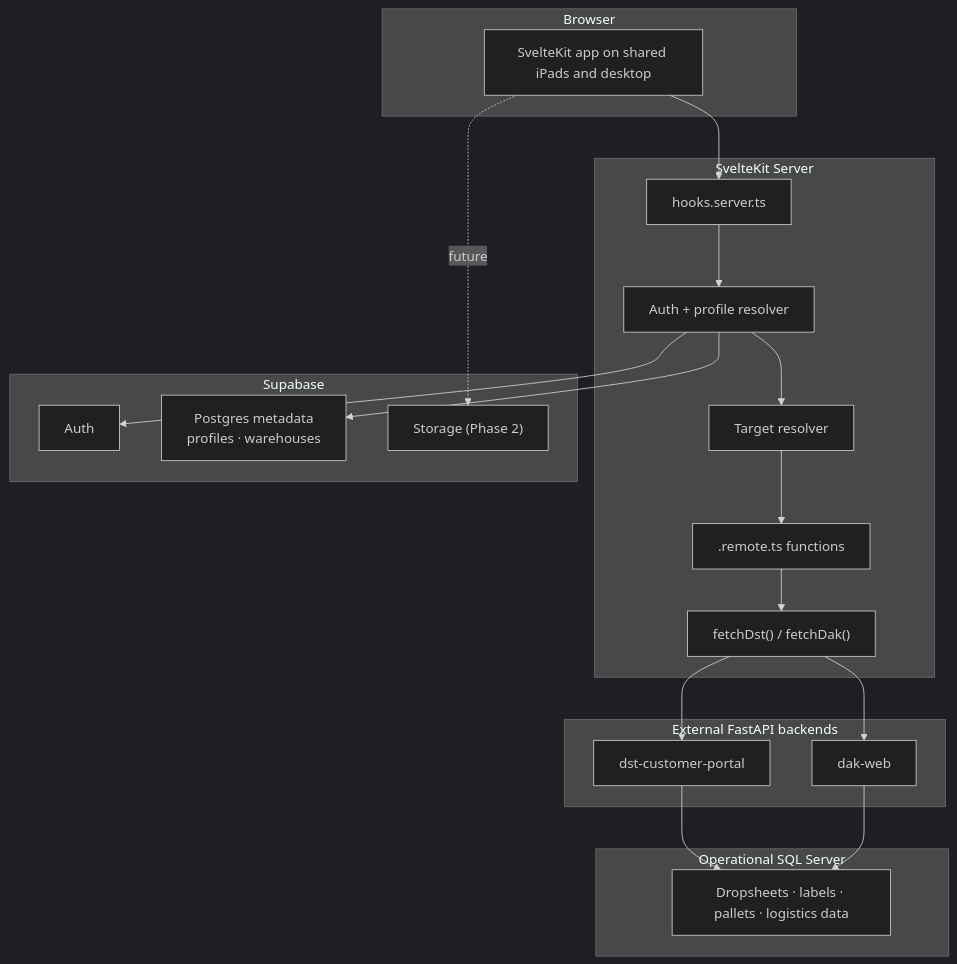
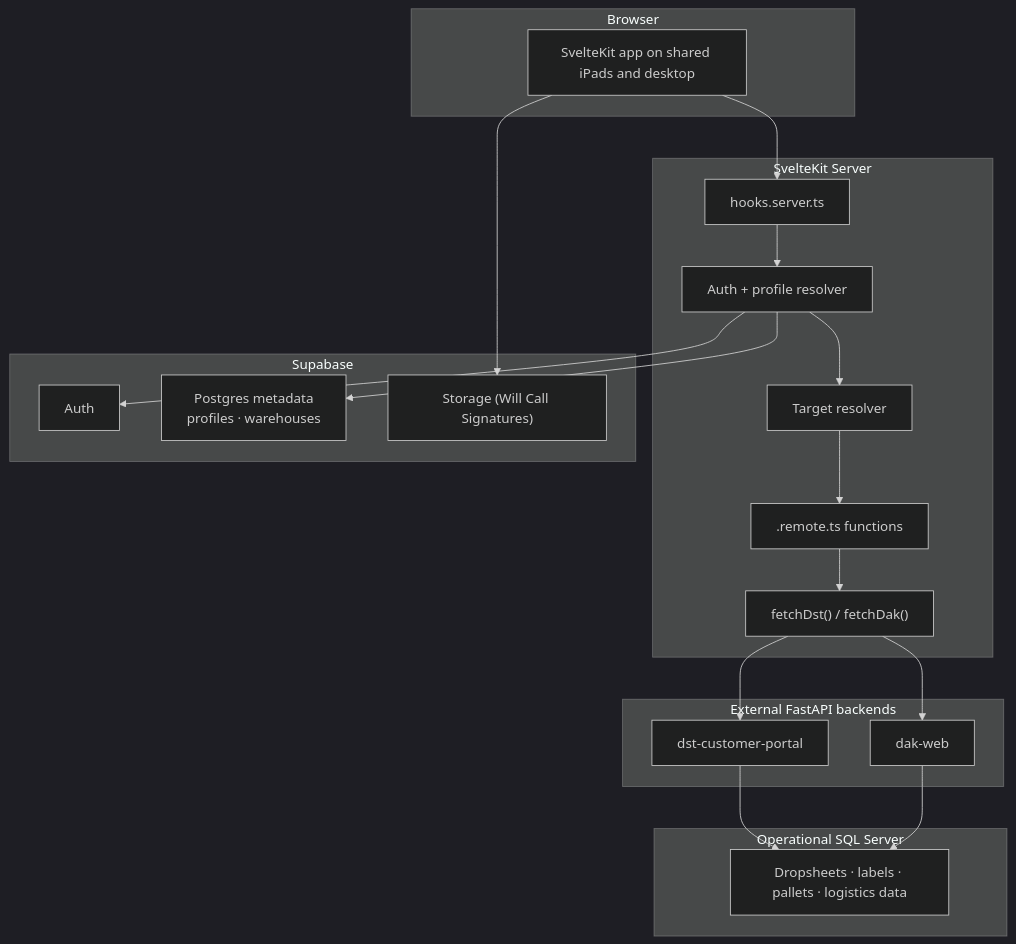
The diagram in docs/architecture.md (adominicci/dak-barcode), drawn with Mermaid (dark theme) before and after one commit. The commit also changed other lines of this file and 24 other files, not shown here.

Commit message:
Implement DAK-220 will call parity flow

````diff
--- a/docs/architecture.md
+++ b/docs/architecture.md
@@ -57,42 +57,42 @@
 ```mermaid
 flowchart TB
     subgraph CLIENT["Browser"]
         APP["SvelteKit app on shared iPads and desktop"]
     end
 
     subgraph SERVER["SvelteKit Server"]
         HOOKS["hooks.server.ts"]
         AUTH["Auth + profile resolver"]
         TARGET["Target resolver"]
         REMOTE[".remote.ts functions"]
         PROXY["fetchDst() / fetchDak()"]
     end
 
     subgraph SUPABASE["Supabase"]
         SBAUTH["Auth"]
         SBDB["Postgres metadata<br/>profiles · warehouses"]
-        SBSTORAGE["Storage (Phase 2)"]
+        SBSTORAGE["Storage (Will Call Signatures)"]
     end
 
     subgraph HEROKU["External FastAPI backends"]
         DST["dst-customer-portal"]
         DAK["dak-web"]
     end
 
     subgraph SQL["Operational SQL Server"]
         OPS["Dropsheets · labels · pallets · logistics data"]
     end
 
     APP --> HOOKS
     HOOKS --> AUTH
     AUTH --> SBAUTH
     AUTH --> SBDB
     AUTH --> TARGET
     TARGET --> REMOTE
     REMOTE --> PROXY
     PROXY --> DST
     PROXY --> DAK
     DST --> OPS
     DAK --> OPS
-    APP -. future .-> SBSTORAGE
+    APP --> SBSTORAGE
 ```
````
